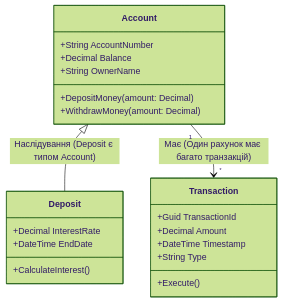
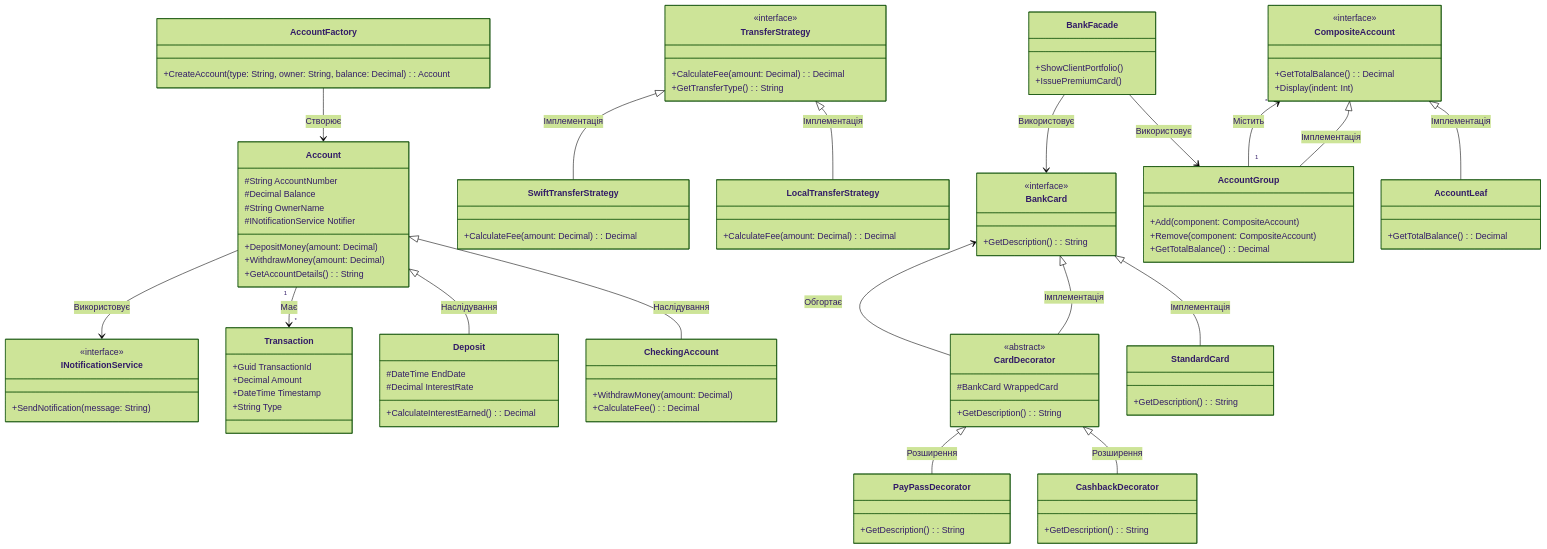
One commit to ZeeJe/Practice---Banking-System-Emulator changed the diagram in README.md. Above: the diagram before and after it, drawn with Mermaid (forest theme). The commit also changed other lines of this file and 20 other files, not shown here.

````diff
--- a/README.md
+++ b/README.md
@@ -26,17 +36,25 @@
 ```mermaid
 classDiagram
+    %% Base Classes
     class Account {
-        +String AccountNumber
-        +Decimal Balance
-        +String OwnerName
+        #String AccountNumber
+        #Decimal Balance
+        #String OwnerName
+        #INotificationService Notifier
         +DepositMoney(amount: Decimal)
         +WithdrawMoney(amount: Decimal)
+        +GetAccountDetails(): String
+    }
+
+    class CheckingAccount {
+        +WithdrawMoney(amount: Decimal)
+        +CalculateFee(): Decimal
     }
 
     class Deposit {
-        +Decimal InterestRate
-        +DateTime EndDate
-        +CalculateInterest()
+        #DateTime EndDate
+        #Decimal InterestRate
+        +CalculateInterestEarned(): Decimal
     }
 
     class Transaction {
@@ -44,9 +62,96 @@
         +Decimal Amount
         +DateTime Timestamp
         +String Type
-        +Execute()
     }
 
-    Account <|-- Deposit : Наслідування (Deposit є типом Account)
-    Account "1" --> "*" Transaction : Має (Один рахунок має багато транзакцій)
+    %% Patterns
+    class TransferStrategy {
+        <<interface>>
+        +CalculateFee(amount: Decimal): Decimal
+        +GetTransferType(): String
+    }
+
+    class LocalTransferStrategy {
+        +CalculateFee(amount: Decimal): Decimal
+    }
+
+    class SwiftTransferStrategy {
+        +CalculateFee(amount: Decimal): Decimal
+    }
+
+    class BankCard {
+        <<interface>>
+        +GetDescription(): String
+    }
+
+    class StandardCard {
+        +GetDescription(): String
+    }
+
+    class CardDecorator {
+        <<abstract>>
+        #BankCard WrappedCard
+        +GetDescription(): String
+    }
+
+    class CashbackDecorator {
+        +GetDescription(): String
+    }
+
+    class PayPassDecorator {
+        +GetDescription(): String
+    }
+
+    class CompositeAccount {
+        <<interface>>
+        +GetTotalBalance(): Decimal
+        +Display(indent: Int)
+    }
+
+    class AccountLeaf {
+        +GetTotalBalance(): Decimal
+    }
+
+    class AccountGroup {
+        +Add(component: CompositeAccount)
+        +Remove(component: CompositeAccount)
+        +GetTotalBalance(): Decimal
+    }
+
+    class INotificationService {
+        <<interface>>
+        +SendNotification(message: String)
+    }
+
+    class AccountFactory {
+        +CreateAccount(type: String, owner: String, balance: Decimal): Account
+    }
+
+    class BankFacade {
+        +ShowClientPortfolio()
+        +IssuePremiumCard()
+    }
+
+    %% Relationships
+    Account <|-- CheckingAccount : Наслідування
+    Account <|-- Deposit : Наслідування
+    Account "1" --> "*" Transaction : Має
+    Account --> INotificationService : Використовує
+
+    TransferStrategy <|-- LocalTransferStrategy : Імплементація
+    TransferStrategy <|-- SwiftTransferStrategy : Імплементація
+
+    BankCard <|-- StandardCard : Імплементація
+    BankCard <|-- CardDecorator : Імплементація
+    CardDecorator <|-- CashbackDecorator : Розширення
+    CardDecorator <|-- PayPassDecorator : Розширення
+    CardDecorator --> BankCard : Обгортає
+
+    CompositeAccount <|-- AccountLeaf : Імплементація
+    CompositeAccount <|-- AccountGroup : Імплементація
+    AccountGroup "1" --> "*" CompositeAccount : Містить
+
+    AccountFactory --> Account : Створює
+    BankFacade --> AccountGroup : Використовує
+    BankFacade --> BankCard : Використовує
 ```
````
